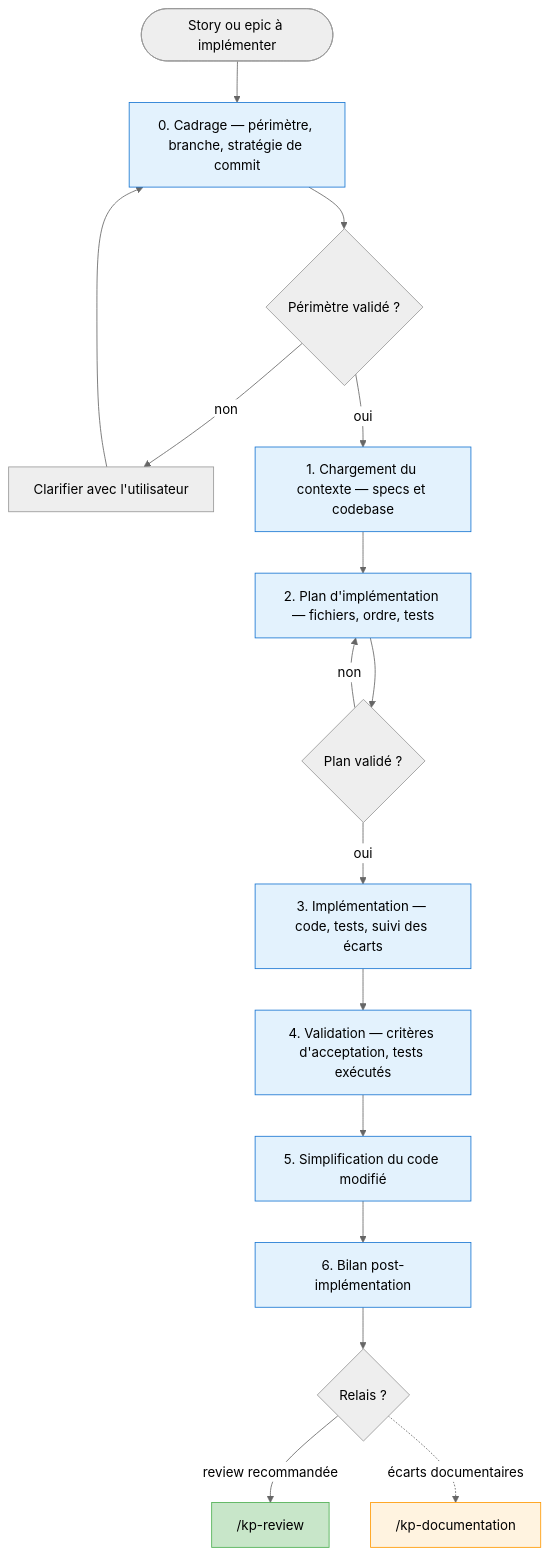
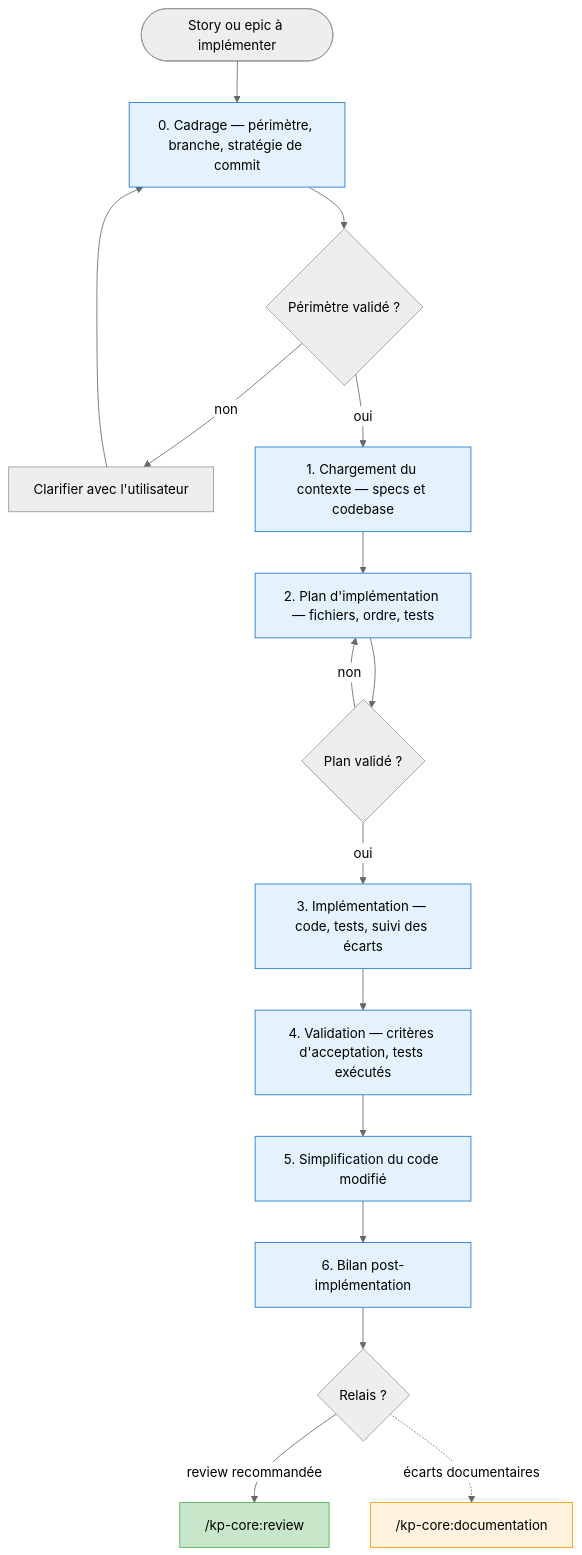
The fifth of 8 diagrams in docs/agents.md (KeyProd/kp-agents), drawn with Mermaid (neutral theme) before and after one commit. The commit also changed other lines of this file and 3 other files, not shown here.

First line of the commit message:
feat(S-0002): update documentation to reflect plugin marketplace architecture

````diff
--- a/docs/agents.md
+++ b/docs/agents.md
@@ -240,44 +213,44 @@
 ```mermaid
 flowchart TD
     START([Story ou epic à implémenter]) --> CADRAGE
 
     CADRAGE[0. Cadrage — périmètre, branche, stratégie de commit]
     CADRAGE --> STOP_C{Périmètre validé ?}
     STOP_C -->|non| ASK[Clarifier avec l'utilisateur]
     ASK --> CADRAGE
     STOP_C -->|oui| CTX
 
     CTX[1. Chargement du contexte — specs et codebase]
     CTX --> PLAN
 
     PLAN[2. Plan d'implémentation — fichiers, ordre, tests]
     PLAN --> STOP_P{Plan validé ?}
     STOP_P -->|non| PLAN
     STOP_P -->|oui| IMPL
 
     IMPL[3. Implémentation — code, tests, suivi des écarts]
     IMPL --> VALID
 
     VALID[4. Validation — critères d'acceptation, tests exécutés]
     VALID --> SIMPLIFY
 
     SIMPLIFY[5. Simplification du code modifié]
     SIMPLIFY --> BILAN
 
     BILAN[6. Bilan post-implémentation]
     BILAN --> OUT
 
     OUT{Relais ?}
-    OUT -->|review recommandée| REVIEW["/kp-review"]
-    OUT -.->|écarts documentaires| DOC["/kp-documentation"]
+    OUT -->|review recommandée| REVIEW["/kp-core:review"]
+    OUT -.->|écarts documentaires| DOC["/kp-core:documentation"]
 
     style CADRAGE fill:#e3f2fd,stroke:#1976D2
     style CTX fill:#e3f2fd,stroke:#1976D2
     style PLAN fill:#e3f2fd,stroke:#1976D2
     style IMPL fill:#e3f2fd,stroke:#1976D2
     style VALID fill:#e3f2fd,stroke:#1976D2
     style SIMPLIFY fill:#e3f2fd,stroke:#1976D2
     style BILAN fill:#e3f2fd,stroke:#1976D2
     style REVIEW fill:#c8e6c9,stroke:#4CAF50
     style DOC fill:#fff3e0,stroke:#FF9800
 ```
````
